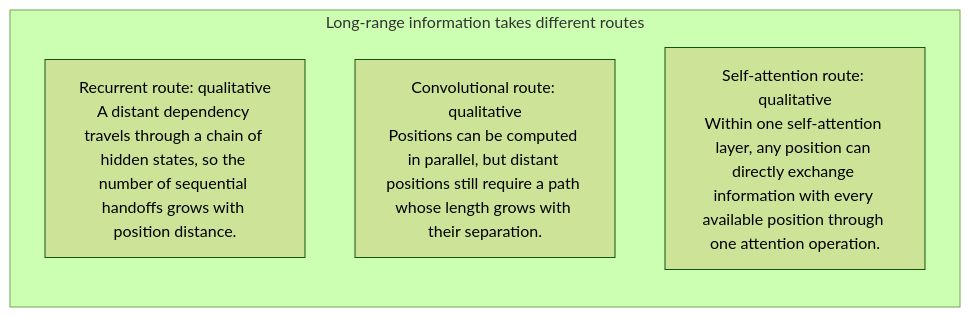
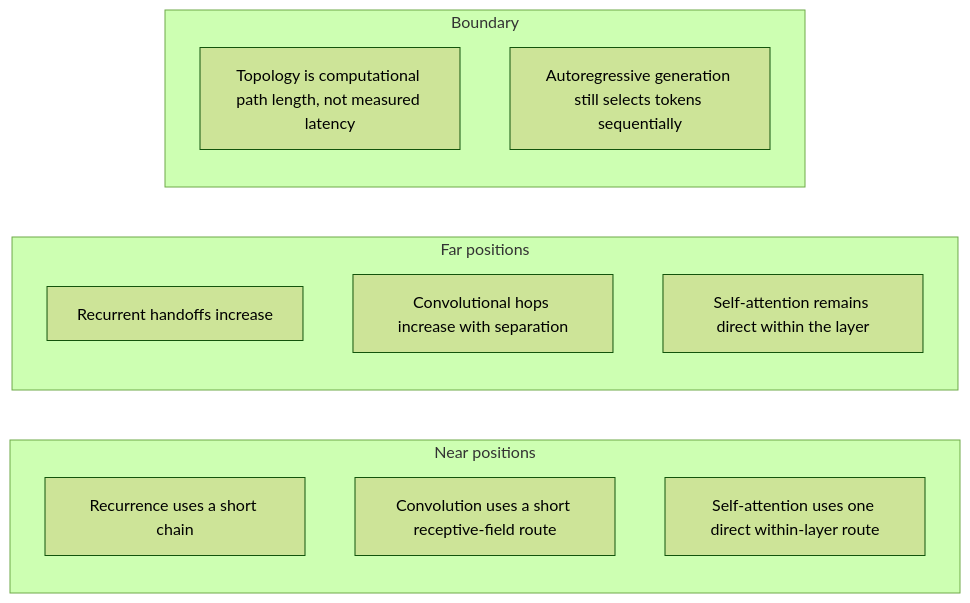
Before and after one commit to Betancourt1/paper_atlas: the third of 54 diagrams in docs/visual-manifests/VISUAL_MANIFEST_ATTENTION_IS_ALL_YOU_NEED.md, drawn with Mermaid (forest theme). The commit also changed other lines of this file and 7 other files, not shown here.

````diff
--- a/docs/visual-manifests/VISUAL_MANIFEST_ATTENTION_IS_ALL_YOU_NEED.md
+++ b/docs/visual-manifests/VISUAL_MANIFEST_ATTENTION_IS_ALL_YOU_NEED.md
@@ -202,8 +222,17 @@
 ```mermaid
 flowchart LR
-  subgraph p1["Long-range information takes different routes"]
-    p1r1["Recurrent route: qualitative<br/>A distant dependency travels through a chain of hidden states, so the number of sequential handoffs grows with position distance."]
-    p1r2["Convolutional route: qualitative<br/>Positions can be computed in parallel, but distant positions still require a path whose length grows with their separation."]
-    p1r3["Self-attention route: qualitative<br/>Within one self-attention layer, any position can directly exchange information with every available position through one attention operation."]
+  subgraph g1["Near positions"]
+    g1i1["Recurrence uses a short chain"]
+    g1i2["Convolution uses a short receptive-field route"]
+    g1i3["Self-attention uses one direct within-layer route"]
+  end
+  subgraph g2["Far positions"]
+    g2i1["Recurrent handoffs increase"]
+    g2i2["Convolutional hops increase with separation"]
+    g2i3["Self-attention remains direct within the layer"]
+  end
+  subgraph g3["Boundary"]
+    g3i1["Topology is computational path length, not measured latency"]
+    g3i2["Autoregressive generation still selects tokens sequentially"]
   end
 ```
````
